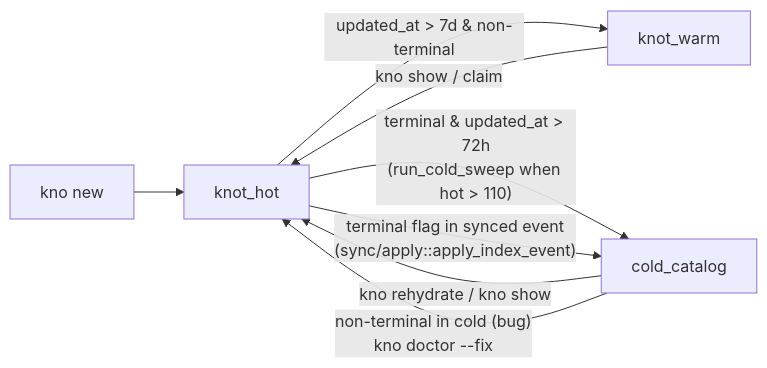
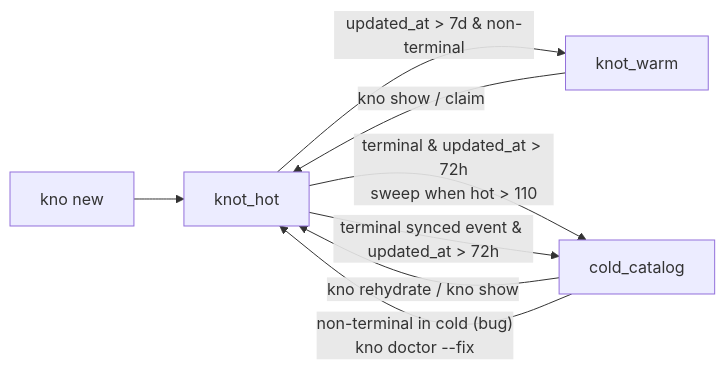
The first of 3 diagrams in docs/tier-balance.md (hypnwtykvmpr/knots), drawn with Mermaid before and after one commit. The commit also changed other lines of this file and 6 other files, not shown here.

Commit message:
Fix recent terminal sync tiering

````diff
--- a/docs/tier-balance.md
+++ b/docs/tier-balance.md
@@ -38,10 +42,10 @@
 ```mermaid
 flowchart LR
     new[kno new] --> hot[knot_hot]
     hot -->|"updated_at &gt; 7d &amp; non-terminal"| warm[knot_warm]
     warm -->|"kno show / claim"| hot
-    hot -->|"terminal &amp; updated_at &gt; 72h<br/>(run_cold_sweep when hot &gt; 110)"| cold[cold_catalog]
-    hot -->|"terminal flag in synced event<br/>(sync/apply::apply_index_event)"| cold
+    hot -->|"terminal &amp; updated_at &gt; 72h<br/>sweep when hot &gt; 110"| cold[cold_catalog]
+    hot -->|"terminal synced event &amp; updated_at &gt; 72h"| cold
     cold -->|"kno rehydrate / kno show"| hot
     cold -->|"non-terminal in cold (bug)<br/>kno doctor --fix"| hot
 ```
````
